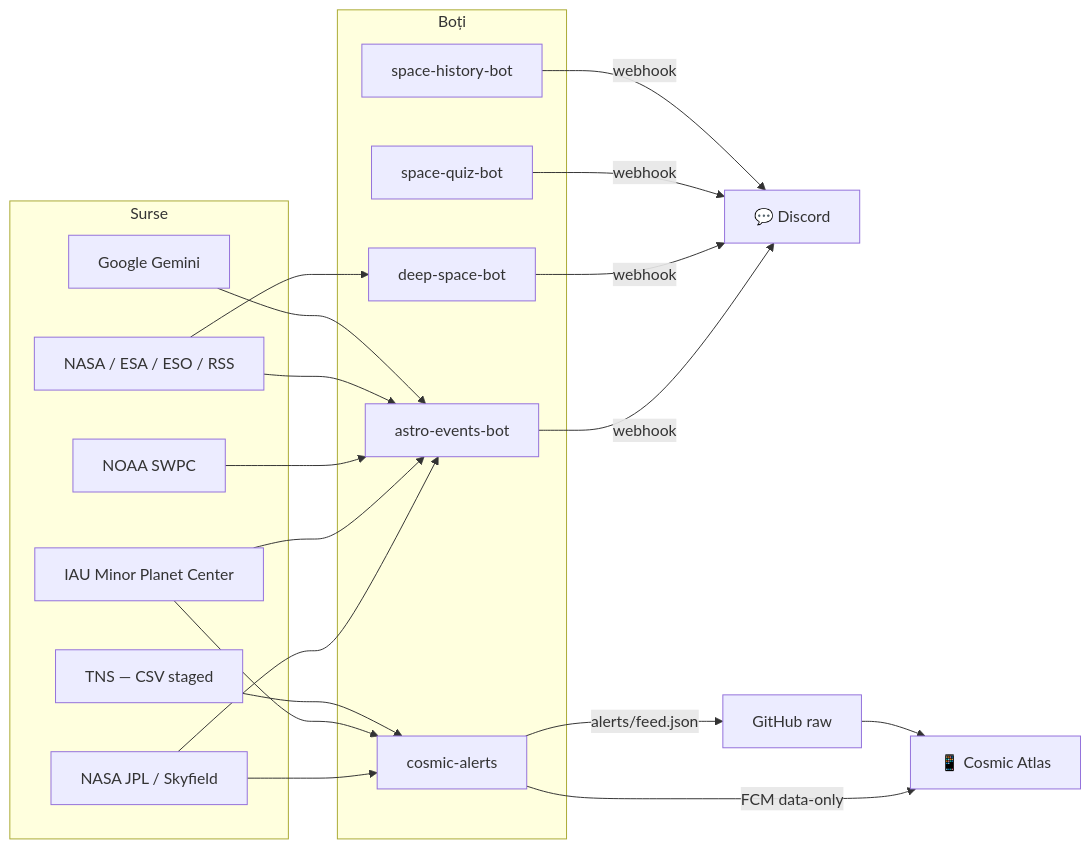
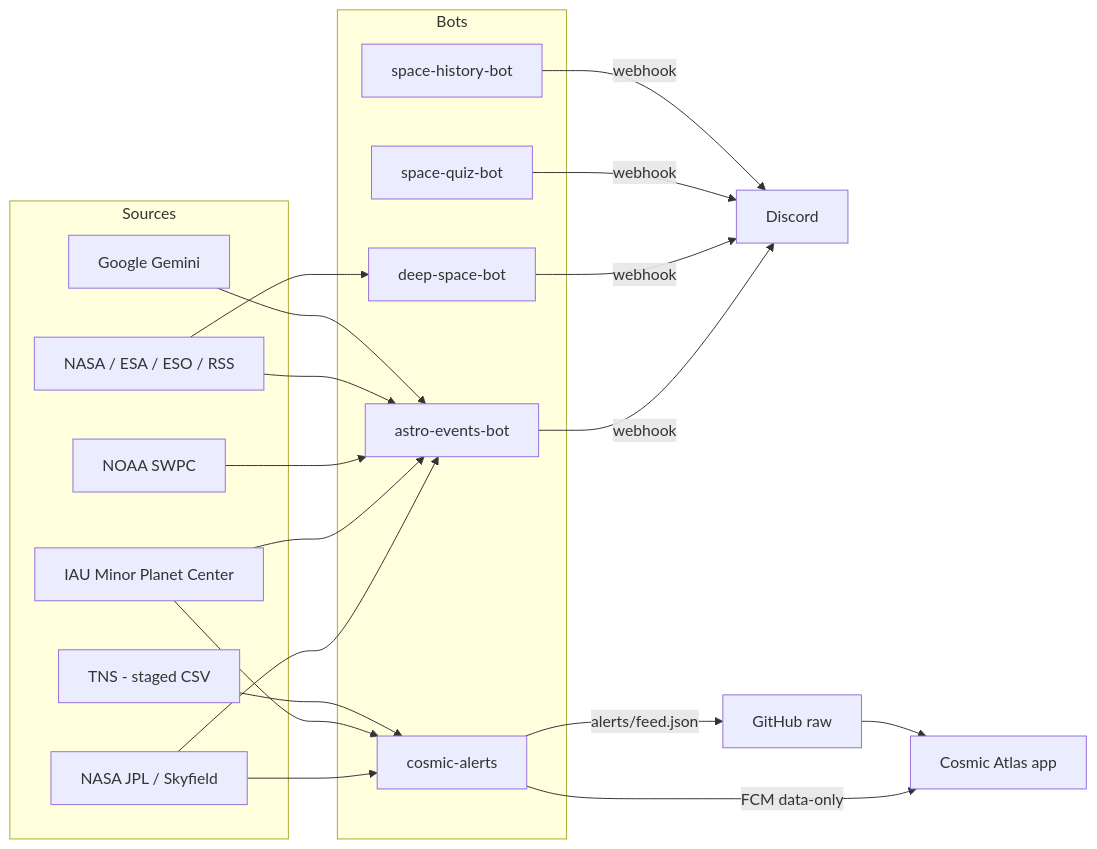
One commit to Cosmic-Nexus-Apps/Cosmic_Bots changed the diagram in README.md. Above: the diagram before and after it, drawn with Mermaid. The commit also changed other lines of this file and 1 other file, not shown here.

````diff
--- a/README.md
+++ b/README.md
@@ -50,38 +55,38 @@
 ```mermaid
 flowchart LR
-    subgraph Surse
+    subgraph Sources
         JPL[NASA JPL / Skyfield]
         MPC[IAU Minor Planet Center]
-        TNS[TNS — CSV staged]
+        TNS[TNS - staged CSV]
         NOAA[NOAA SWPC]
         RSS[NASA / ESA / ESO / RSS]
         AI[Google Gemini]
     end
 
-    subgraph Boți
+    subgraph Bots
         EV[astro-events-bot]
         DS[deep-space-bot]
         QZ[space-quiz-bot]
         HI[space-history-bot]
         AL[cosmic-alerts]
     end
 
     JPL --> EV
     MPC --> EV
     NOAA --> EV
     RSS --> EV
     AI --> EV
 
     RSS --> DS
     JPL --> AL
     MPC --> AL
     TNS --> AL
 
-    EV -->|webhook| DISC[💬 Discord]
+    EV -->|webhook| DISC[Discord]
     DS -->|webhook| DISC
     QZ -->|webhook| DISC
     HI -->|webhook| DISC
 
-    AL -->|FCM data-only| APP[📱 Cosmic Atlas]
+    AL -->|FCM data-only| APP[Cosmic Atlas app]
     AL -->|alerts/feed.json| RAW[GitHub raw] --> APP
 ```
````
